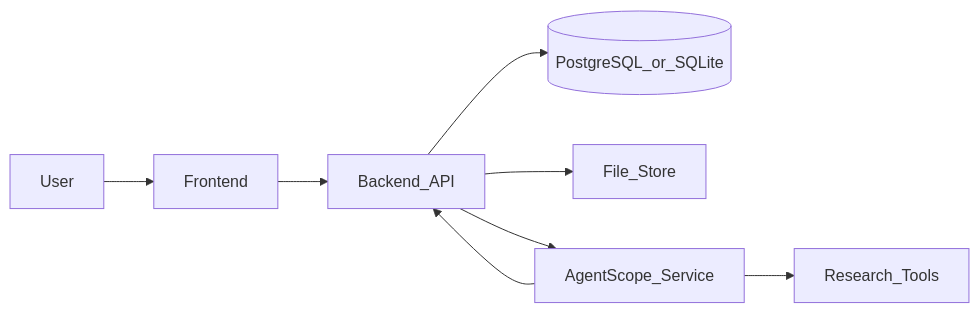
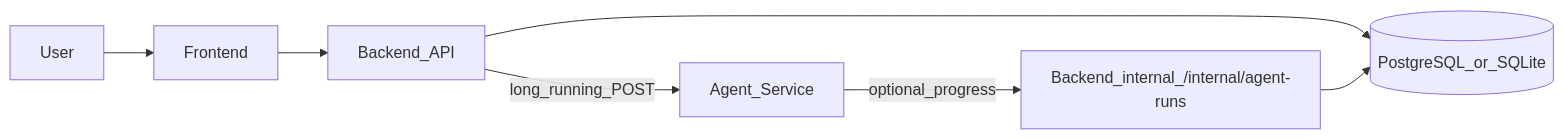
Before and after one commit to yuanjungod/DD_project: the first of 2 diagrams in docs/architecture.md, drawn with Mermaid. The commit also changed other lines of this file and 54 other files, not shown here.

````diff
--- a/docs/architecture.md
+++ b/docs/architecture.md
@@ -13,10 +13,9 @@
 ```mermaid
 flowchart LR
   User[User] --> Frontend[Frontend]
   Frontend --> Backend[Backend_API]
   Backend --> DB[(PostgreSQL_or_SQLite)]
-  Backend --> FileStore[File_Store]
-  Backend --> AgentService[AgentScope_Service]
-  AgentService --> Tools[Research_Tools]
-  AgentService --> Backend
+  Backend -->|"long_running_POST"| AgentService[Agent_Service]
+  AgentService -->|"optional_progress"| InternalAPI[Backend_internal_/internal/agent-runs]
+  InternalAPI --> DB
 ```
````
